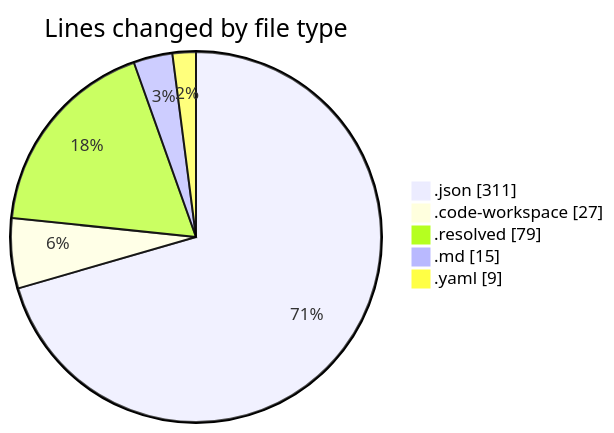
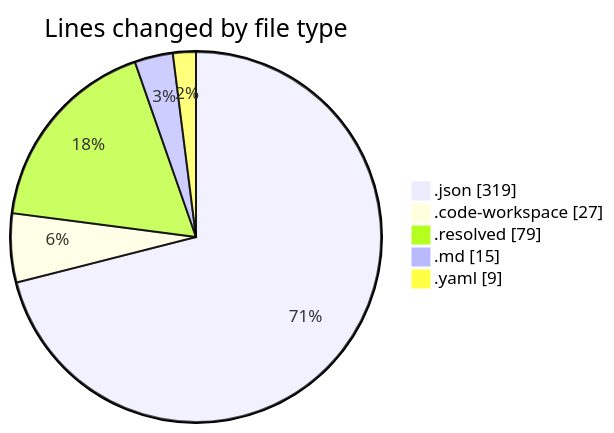
The first of 2 diagrams in 2026-02-27/shadcn-admin-kit-main__workspace_/README.md (jadenblack/code-tracking), drawn with Mermaid before and after one commit. The commit also changed other lines of this file and 1 other file, not shown here.

````diff
--- a/2026-02-27/shadcn-admin-kit-main__workspace_/README.md
+++ b/2026-02-27/shadcn-admin-kit-main__workspace_/README.md
@@ -28,9 +28,9 @@
 ```mermaid
 pie showData
 title Lines changed by file type
-".json" : 311
+".json" : 319
 ".code-workspace" : 27
 ".resolved" : 79
 ".md" : 15
 ".yaml" : 9
 ```
````
